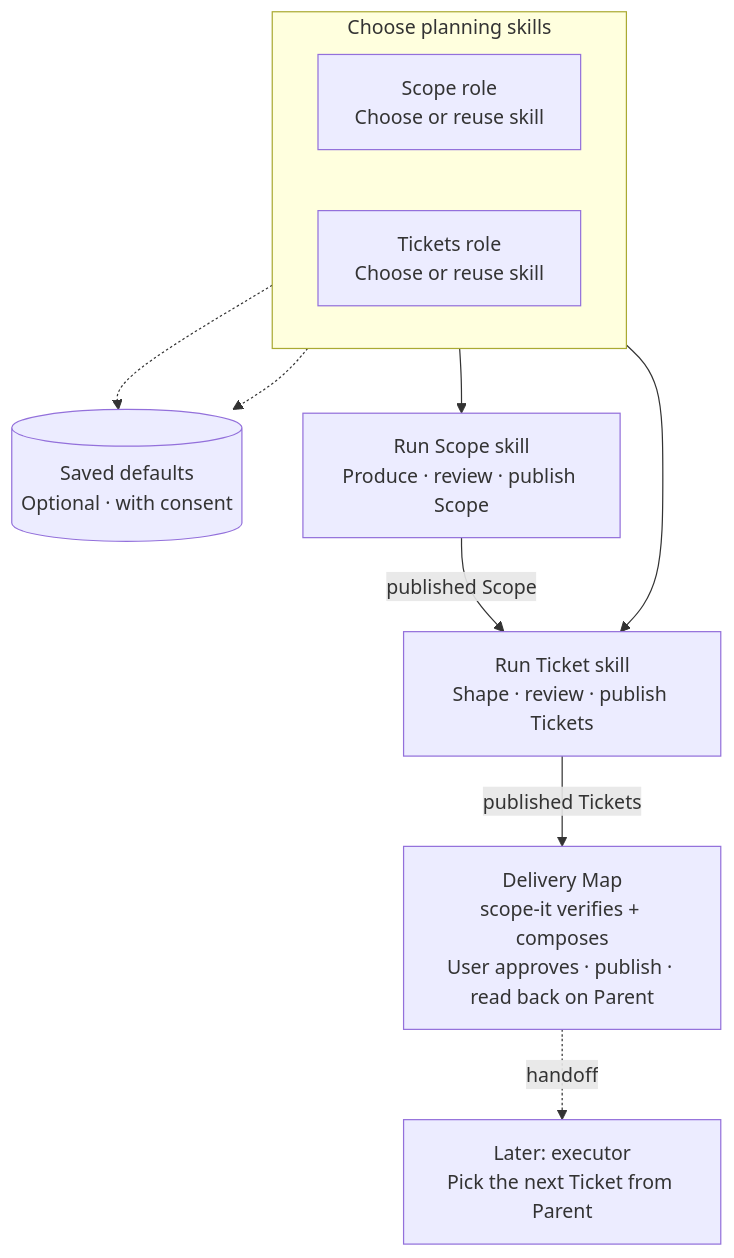
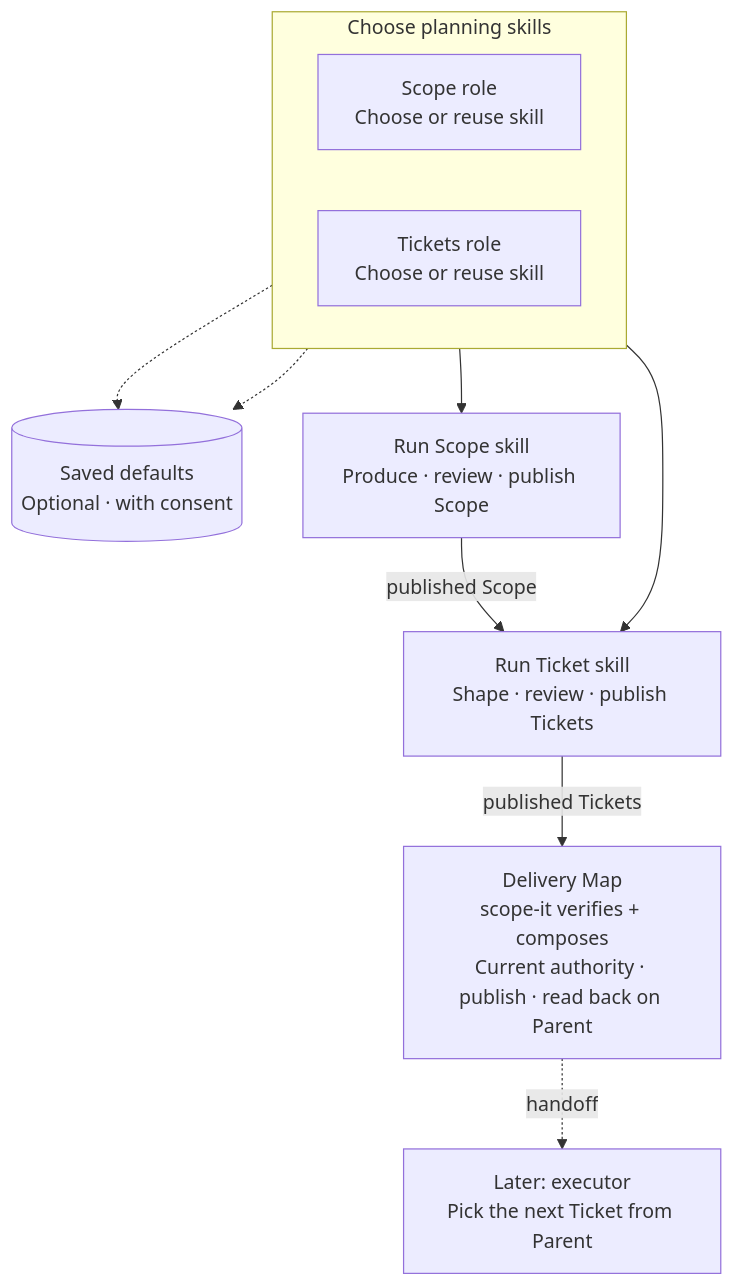
Before and after one commit to shihyuho/skills: the diagram in skills/scope-it/README.md, drawn with Mermaid. The commit also changed other lines of this file and 3 other files, not shown here.

Commit message:
feat(scope-it): add --publish for confirmed planning

````diff
--- a/skills/scope-it/README.md
+++ b/skills/scope-it/README.md
@@ -9,22 +15,22 @@
 ```mermaid
 flowchart TD
     subgraph CHOOSE["Choose planning skills"]
         direction LR
         CS["Scope role<br/>Choose or reuse skill"]
         CT["Tickets role<br/>Choose or reuse skill"]
     end
 
     SAVE[("Saved defaults<br/>Optional · with consent")]
     S["Run Scope skill<br/>Produce · review · publish Scope"]
     T["Run Ticket skill<br/>Shape · review · publish Tickets"]
-    M["Delivery Map<br/>scope-it verifies + composes<br/>User approves · publish · read back on Parent"]
+    M["Delivery Map<br/>scope-it verifies + composes<br/>Current authority · publish · read back on Parent"]
     E["Later: executor<br/>Pick the next Ticket from Parent"]
 
     CS -.-> SAVE
     CT -.-> SAVE
     CS --> S
     CT --> T
     S -->|"published Scope"| T
     T -->|"published Tickets"| M
     M -. "handoff" .-> E
 ```
````
